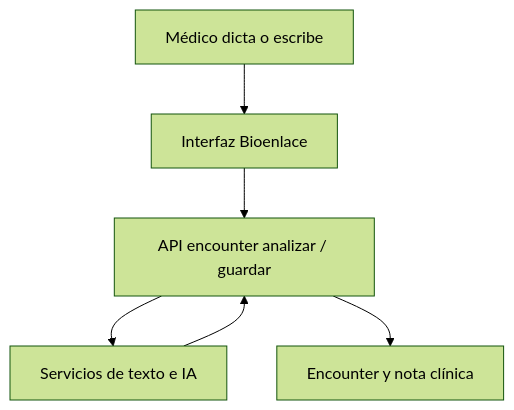
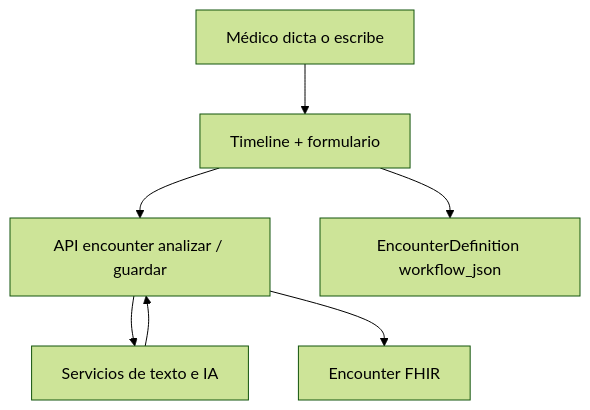
One commit to luischanferoni/bioenlace changed the diagram in web/docs/producto/captura-clinica.md. Above: the diagram before and after it, drawn with Mermaid (forest theme). The commit also changed other lines of this file and 74 other files, not shown here.

````diff
--- a/web/docs/producto/captura-clinica.md
+++ b/web/docs/producto/captura-clinica.md
@@ -9,12 +28,15 @@
 ```mermaid
 flowchart TB
   M[Médico dicta o escribe]
-  UI[Interfaz Bioenlace]
+  UI[Timeline + formulario]
   API[API encounter analizar / guardar]
+  DEF[EncounterDefinition workflow_json]
   IA[Servicios de texto e IA]
-  ENC[Encounter y nota clínica]
-  M --> UI --> API
+  ENC[Encounter FHIR]
+  M --> UI
+  UI --> DEF
+  UI --> API
   API --> IA
   IA --> API
   API --> ENC
 ```
````
